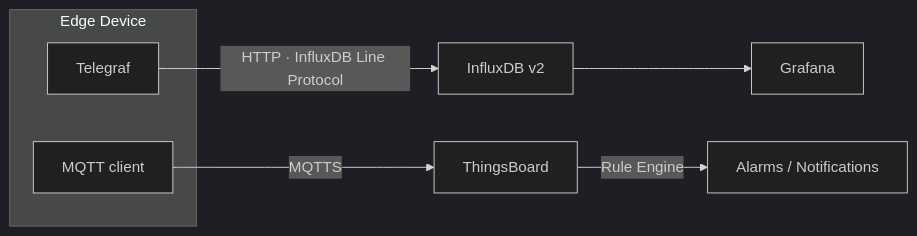
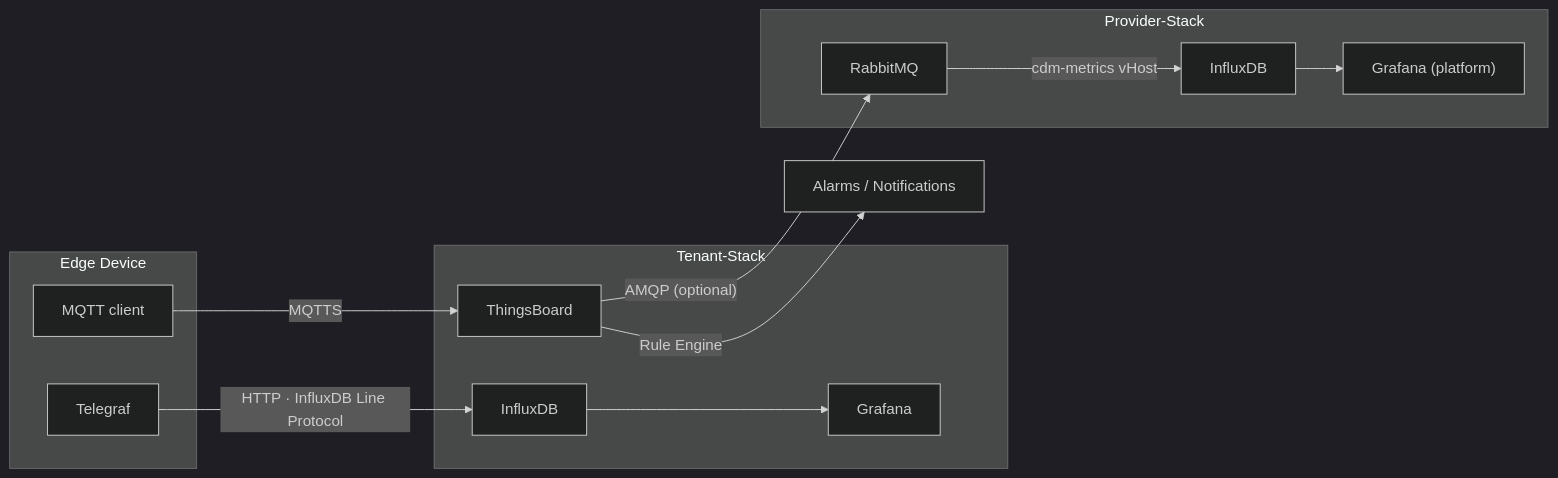
The diagram in docs/workflows/monitoring.md (the78mole/complete-device-management), drawn with Mermaid (dark theme) before and after one commit. The commit also changed other lines of this file and 49 other files, not shown here.

Commit message:
Complete Architecture Redesign - Phase 1.5 Documentation and Phase 2

````diff
--- a/docs/workflows/monitoring.md
+++ b/docs/workflows/monitoring.md
@@ -9,11 +10,27 @@
 ```mermaid
 graph LR
     subgraph edge[Edge Device]
         TEL[Telegraf]
         MQC[MQTT client]
     end
-    TEL -->|"HTTP · InfluxDB Line Protocol"| IDB[InfluxDB v2]
-    IDB --> GRF[Grafana]
-    MQC -->|MQTTS| TB[ThingsBoard]
+
+    subgraph tenant[Tenant-Stack]
+        TB[ThingsBoard]
+        IDB_T[InfluxDB]
+        GRF_T[Grafana]
+        IDB_T --> GRF_T
+    end
+
+    subgraph provider[Provider-Stack]
+        RMQ[RabbitMQ]
+        IDB_P[InfluxDB]
+        GRF_P["Grafana (platform)"]
+        IDB_P --> GRF_P
+    end
+
+    TEL -->|"HTTP · InfluxDB Line Protocol"| IDB_T
+    MQC -->|MQTTS| TB
     TB -->|Rule Engine| ALM["Alarms / Notifications"]
+    TB -->|"AMQP (optional)"| RMQ
+    RMQ -->|cdm-metrics vHost| IDB_P
 ```
````
